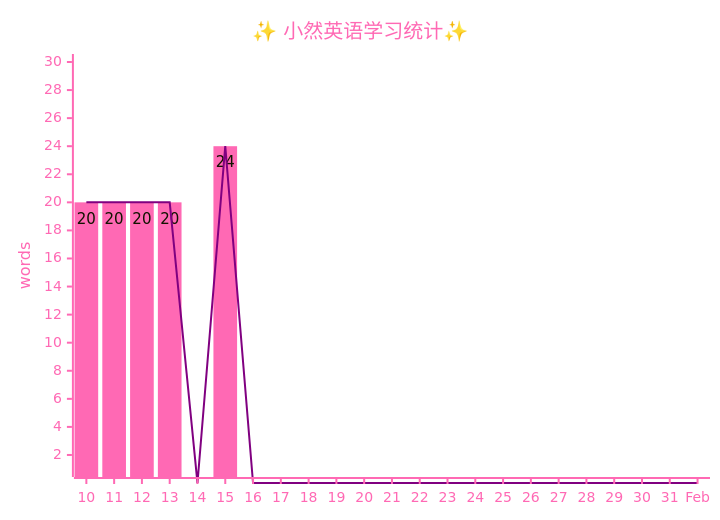
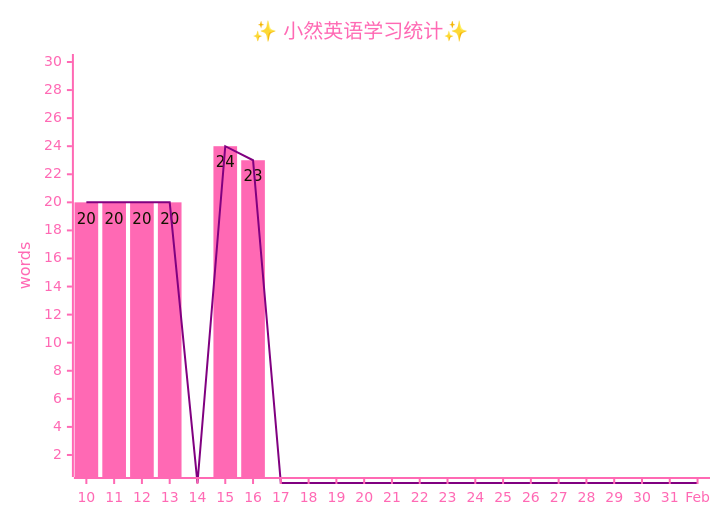
Before and after one commit to zsh-rc/zsh-rc.github.io: the diagram in docs/life-lessons/xiaoran/2026-xiaoran.md, drawn with Mermaid. The commit also changed 2 other files, not shown here.

Commit message:
小然16号完成

```diff
--- a/docs/life-lessons/xiaoran/2026-xiaoran.md
+++ b/docs/life-lessons/xiaoran/2026-xiaoran.md
@@ -11,25 +11,25 @@
 ~~~mermaid
 ---
 config:
     xyChart:
         showDataLabel: true
     themeVariables:
         xyChart:
             titleColor: "#FF69B4"
             xAxisTitleColor: "#FF69B4"
             xAxisLabelColor: "#FF69B4"
             xAxisLineColor: "#FF69B4"
             xAxisTickColor: "#FF69B4"
             yAxisLabelColor: "#FF69B4"
             yAxisTitleColor: "#FF69B4"
             yAxisLineColor: "#FF69B4"
             yAxisTickColor: "#FF69B4"
             plotColorPalette: '#FF69B4, #800080'
 ---
 xychart
     title "✨ 小然英语学习统计✨ "
     x-axis [10, 11, 12, 13, 14, 15, 16, 17, 18, 19,20,21,22,23,24,25,26,27,28,29,30,31,Feb]
     y-axis "words" 1 --> 30
-    bar [20, 20, 20, 20, 0, 24, 0, 0, 0, 0, 0,0,0,0,0,0,0,0,0,0,0,0,0,0]
-    line [20, 20, 20, 20, 0, 24, 0, 0, 0, 0, 0,0,0,0,0,0,0,0,0,0,0,0,0,0]
+    bar [20, 20, 20, 20, 0, 24, 23, 0, 0, 0, 0,0,0,0,0,0,0,0,0,0,0,0,0,0]
+    line [20, 20, 20, 20, 0, 24, 23, 0, 0, 0, 0,0,0,0,0,0,0,0,0,0,0,0,0,0]
 ~~~
```
